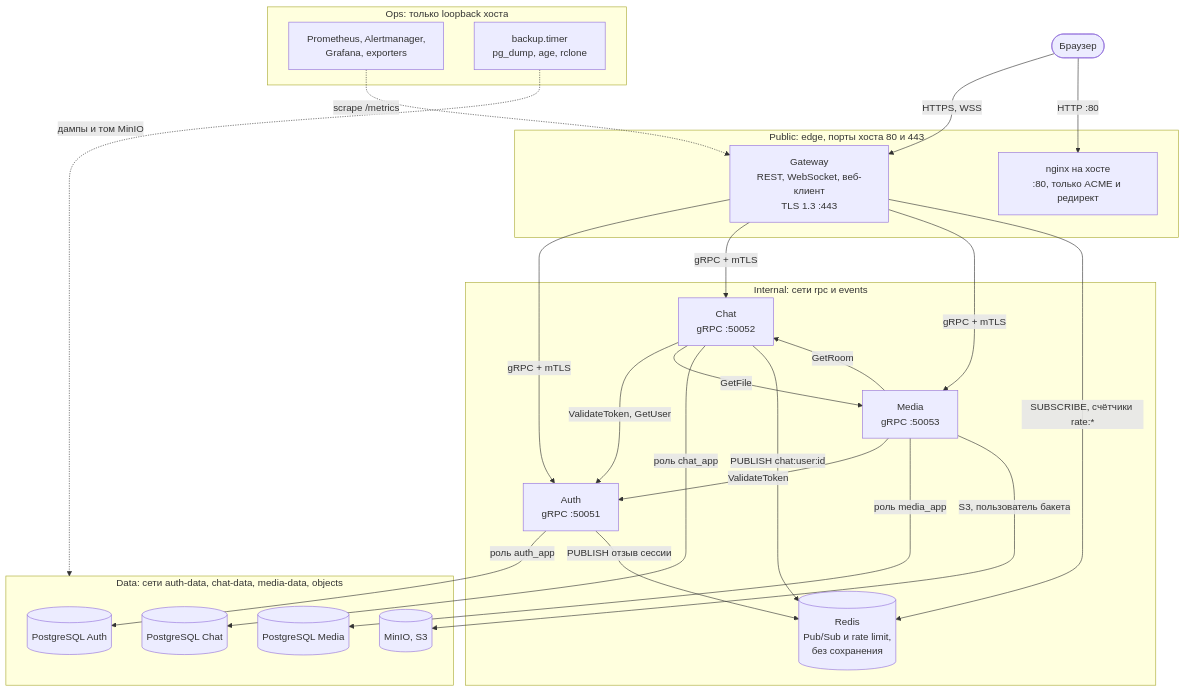
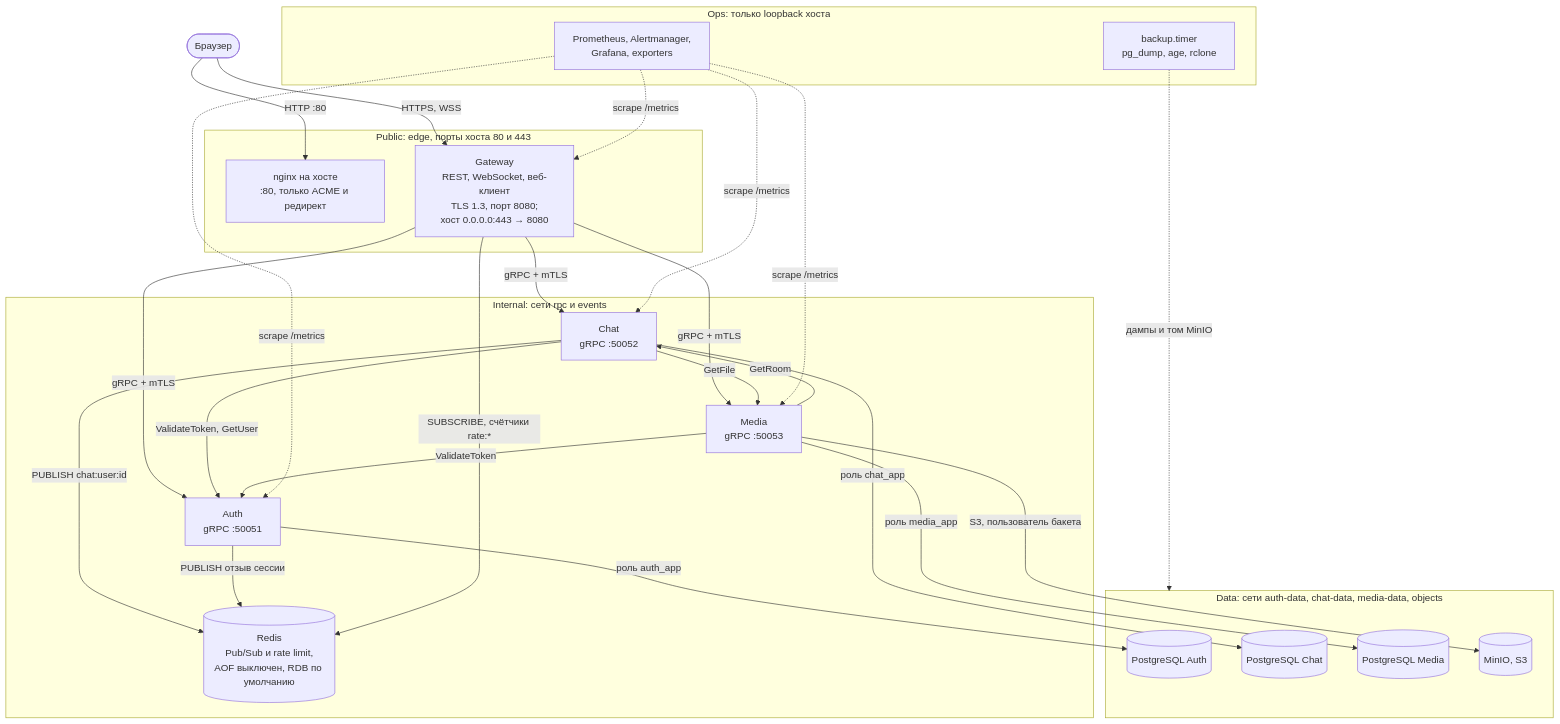
One commit to AlexandrKhromov2005/vault-chat changed the second of 2 diagrams in docs/c4.md. Above: the diagram before and after it, drawn with Mermaid. The commit also changed other lines of this file and 2 other files, not shown here.

````diff
--- a/docs/c4.md
+++ b/docs/c4.md
@@ -32,47 +33,50 @@
 ```mermaid
 flowchart TB
     browser([Браузер])
 
     subgraph public["Public: edge, порты хоста 80 и 443"]
         nginx["nginx на хосте<br/>:80, только ACME и редирект"]
-        gateway["Gateway<br/>REST, WebSocket, веб-клиент<br/>TLS 1.3 :443"]
+        gateway["Gateway<br/>REST, WebSocket, веб-клиент<br/>TLS 1.3, порт 8080;<br/>хост 0.0.0.0:443 → 8080"]
     end
 
     subgraph internal["Internal: сети rpc и events"]
         auth["Auth<br/>gRPC :50051"]
         chat["Chat<br/>gRPC :50052"]
         media["Media<br/>gRPC :50053"]
-        redis[("Redis<br/>Pub/Sub и rate limit,<br/>без сохранения")]
+        redis[("Redis<br/>Pub/Sub и rate limit,<br/>AOF выключен, RDB по умолчанию")]
     end
 
     subgraph data["Data: сети auth-data, chat-data, media-data, objects"]
         authdb[("PostgreSQL Auth")]
         chatdb[("PostgreSQL Chat")]
         mediadb[("PostgreSQL Media")]
         minio[("MinIO, S3")]
     end
 
     subgraph ops["Ops: только loopback хоста"]
         monitoring["Prometheus, Alertmanager,<br/>Grafana, exporters"]
         backupjob["backup.timer<br/>pg_dump, age, rclone"]
     end
 
     browser -- "HTTPS, WSS" --> gateway
     browser -- "HTTP :80" --> nginx
     gateway -- "gRPC + mTLS" --> auth
     gateway -- "gRPC + mTLS" --> chat
     gateway -- "gRPC + mTLS" --> media
     chat -- "ValidateToken, GetUser" --> auth
     chat -- "GetFile" --> media
     media -- "ValidateToken" --> auth
     media -- "GetRoom" --> chat
     auth -- "роль auth_app" --> authdb
     chat -- "роль chat_app" --> chatdb
     media -- "роль media_app" --> mediadb
     media -- "S3, пользователь бакета" --> minio
     chat -- "PUBLISH chat:user:id" --> redis
     auth -- "PUBLISH отзыв сессии" --> redis
     gateway -- "SUBSCRIBE, счётчики rate:*" --> redis
     monitoring -.->|"scrape /metrics"| gateway
+    monitoring -.->|"scrape /metrics"| auth
+    monitoring -.->|"scrape /metrics"| chat
+    monitoring -.->|"scrape /metrics"| media
     backupjob -.->|"дампы и том MinIO"| data
 ```
````
